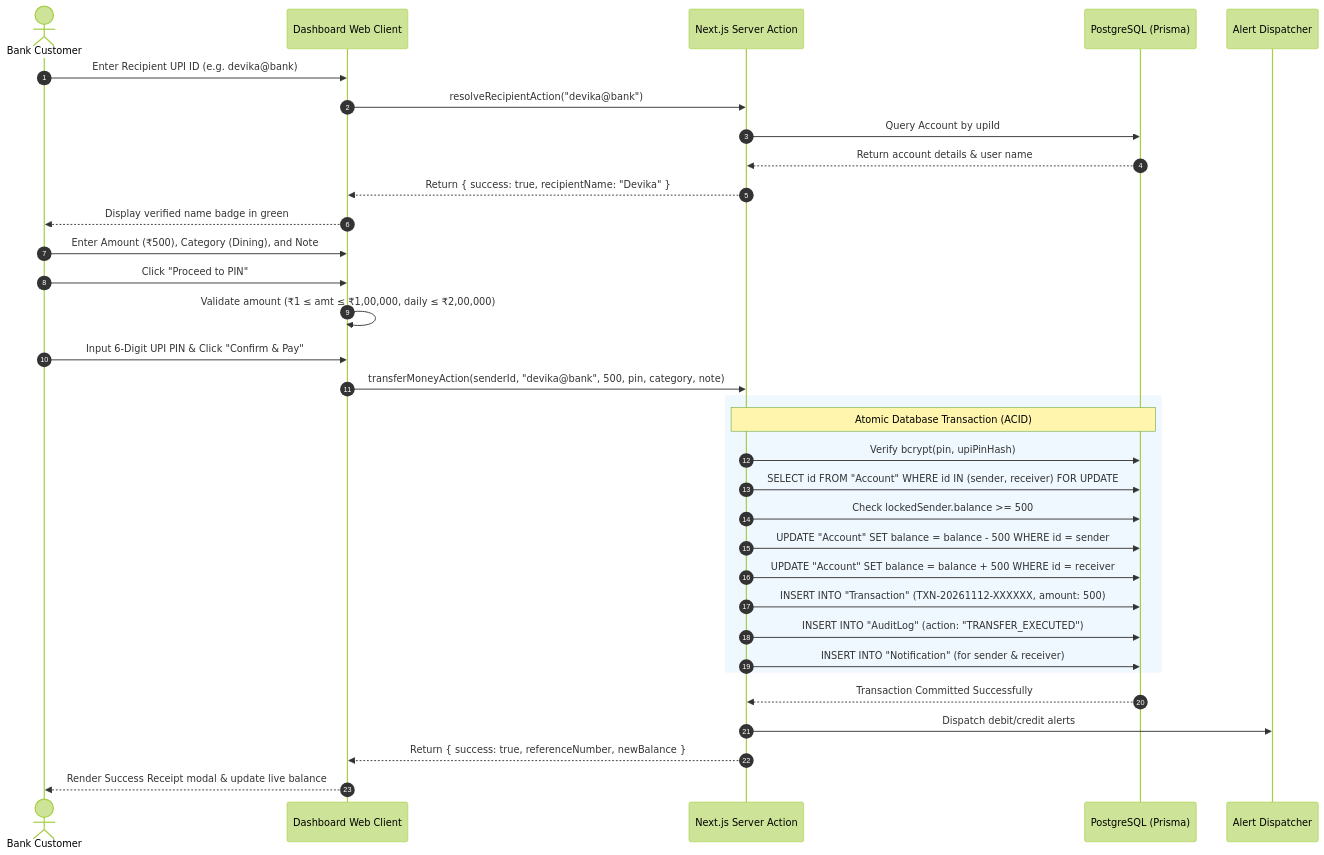
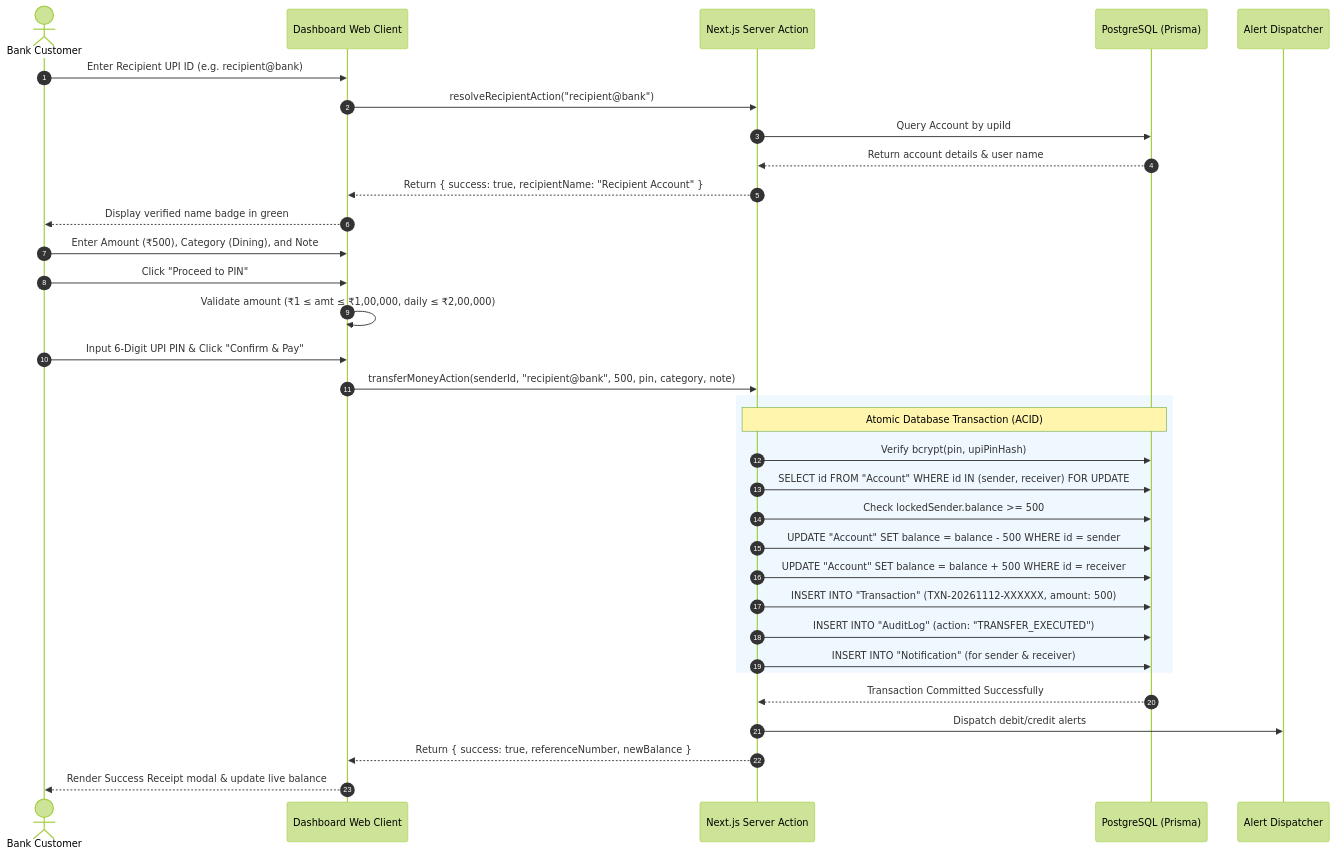
Before and after one commit to allanmaaz/bankitis: the fifth of 5 diagrams in DIAGRAMS.md, drawn with Mermaid (forest theme). The commit also changed other lines of this file and 12 other files, not shown here.

````diff
--- a/DIAGRAMS.md
+++ b/DIAGRAMS.md
@@ -338,40 +337,40 @@
 ```mermaid
 sequenceDiagram
     autonumber
     actor Customer as Bank Customer
     participant UI as Dashboard Web Client
     participant API as Next.js Server Action
     participant DB as PostgreSQL (Prisma)
     participant Notif as Alert Dispatcher
 
-    Customer->>UI: Enter Recipient UPI ID (e.g. devika@bank)
-    UI->>API: resolveRecipientAction("devika@bank")
+    Customer->>UI: Enter Recipient UPI ID (e.g. recipient@bank)
+    UI->>API: resolveRecipientAction("recipient@bank")
     API->>DB: Query Account by upiId
     DB-->>API: Return account details & user name
-    API-->>UI: Return { success: true, recipientName: "Devika" }
+    API-->>UI: Return { success: true, recipientName: "Recipient Account" }
     UI-->>Customer: Display verified name badge in green
 
     Customer->>UI: Enter Amount (₹500), Category (Dining), and Note
     Customer->>UI: Click "Proceed to PIN"
     UI->>UI: Validate amount (₹1 ≤ amt ≤ ₹1,00,000, daily ≤ ₹2,00,000)
     Customer->>UI: Input 6-Digit UPI PIN & Click "Confirm & Pay"
 
-    UI->>API: transferMoneyAction(senderId, "devika@bank", 500, pin, category, note)
+    UI->>API: transferMoneyAction(senderId, "recipient@bank", 500, pin, category, note)
     
     rect rgb(240, 248, 255)
     Note over API,DB: Atomic Database Transaction (ACID)
     API->>DB: Verify bcrypt(pin, upiPinHash)
     API->>DB: SELECT id FROM "Account" WHERE id IN (sender, receiver) FOR UPDATE
     API->>DB: Check lockedSender.balance >= 500
     API->>DB: UPDATE "Account" SET balance = balance - 500 WHERE id = sender
     API->>DB: UPDATE "Account" SET balance = balance + 500 WHERE id = receiver
     API->>DB: INSERT INTO "Transaction" (TXN-20261112-XXXXXX, amount: 500)
     API->>DB: INSERT INTO "AuditLog" (action: "TRANSFER_EXECUTED")
     API->>DB: INSERT INTO "Notification" (for sender & receiver)
     end
 
     DB-->>API: Transaction Committed Successfully
     API->>Notif: Dispatch debit/credit alerts
     API-->>UI: Return { success: true, referenceNumber, newBalance }
     UI-->>Customer: Render Success Receipt modal & update live balance
 ```
````
